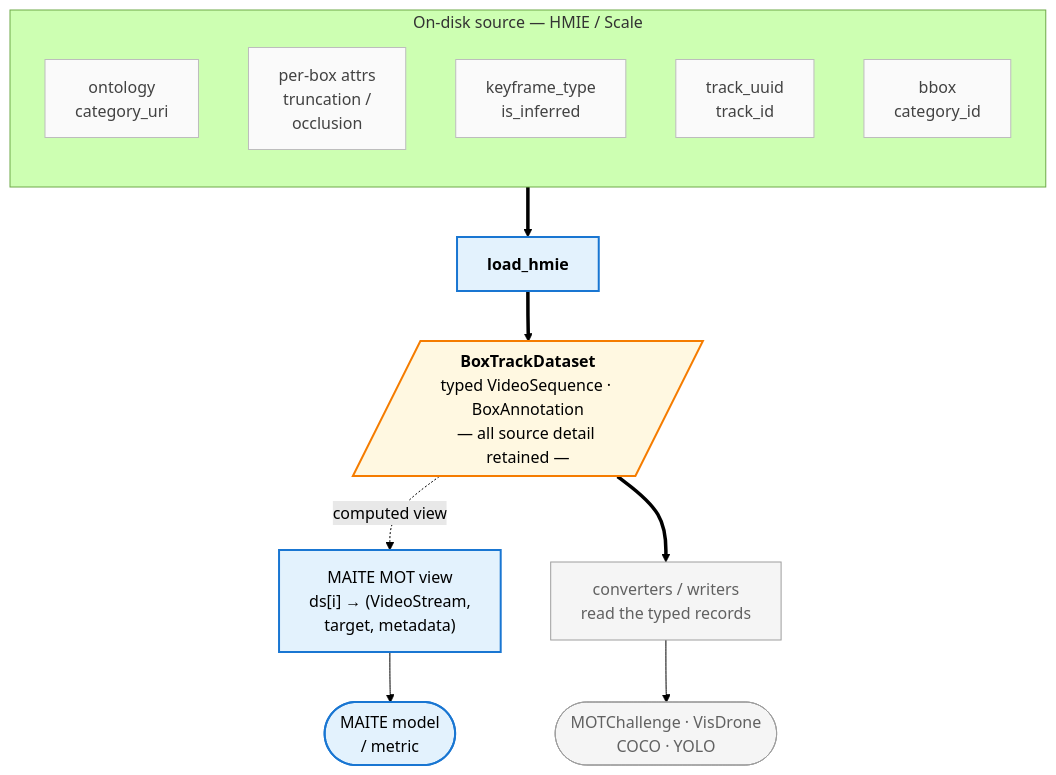
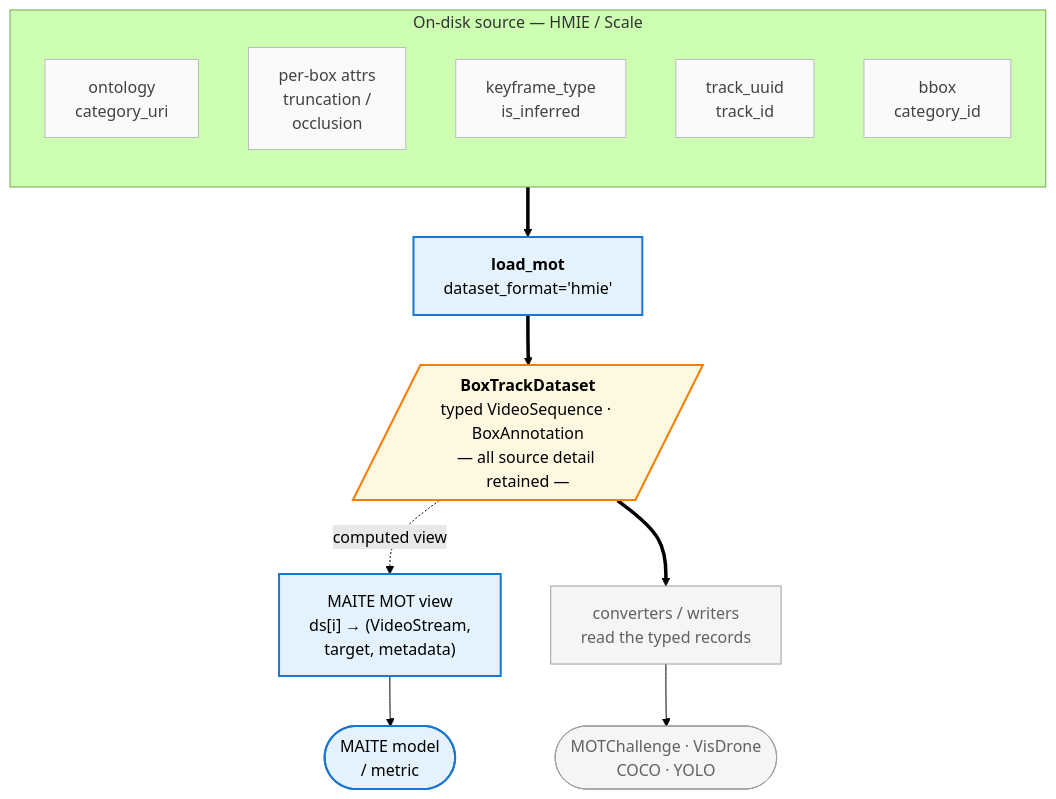
One commit to openteams-ai/datamaite changed the seventh of 9 diagrams in docs/architecture.md. Above: the diagram before and after it, drawn with Mermaid (forest theme). The commit also changed other lines of this file and 18 other files, not shown here.

Commit message:
Task-first loader API: load_mot + remove per-format load_* from public API

````diff
--- a/docs/architecture.md
+++ b/docs/architecture.md
@@ -622,28 +626,28 @@
 ```mermaid
 flowchart TB
     subgraph src [On-disk source — HMIE / Scale]
         direction TB
         S1[ontology<br/>category_uri]
         S2[per-box attrs<br/>truncation /<br/>occlusion]
         S3[keyframe_type<br/>is_inferred]
         S4[track_uuid<br/>track_id]
         S5[bbox<br/>category_id]
     end
 
-    src ==> L["<b>load_hmie</b>"]
+    src ==> L["<b>load_mot</b><br/>dataset_format='hmie'"]
     L ==> M[/"<b>BoxTrackDataset</b><br/>typed VideoSequence · BoxAnnotation<br/>— all source detail retained —"/]
 
     M -. computed view .-> V["MAITE MOT view<br/>ds[i] → (VideoStream,<br/>target, metadata)"]
     M ==> W["converters / writers<br/>read the typed records"]
     V --> MC([MAITE model<br/>/ metric])
     W --> O([MOTChallenge · VisDrone<br/>COCO · YOLO])
 
     classDef hub fill:#fff8e1,stroke:#f57c00,stroke-width:2px;
     classDef impl fill:#e3f2fd,stroke:#1976d2,stroke-width:2px;
     classDef planned fill:#f5f5f5,stroke:#9e9e9e,color:#616161;
     classDef src fill:#fafafa,stroke:#bdbdbd,color:#424242;
     class M hub;
     class L,V,MC impl;
     class W,O planned;
     class S1,S2,S3,S4,S5 src;
 ```
````
